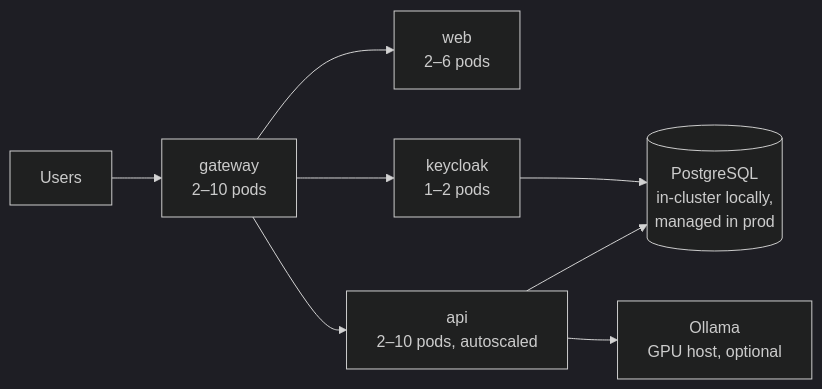
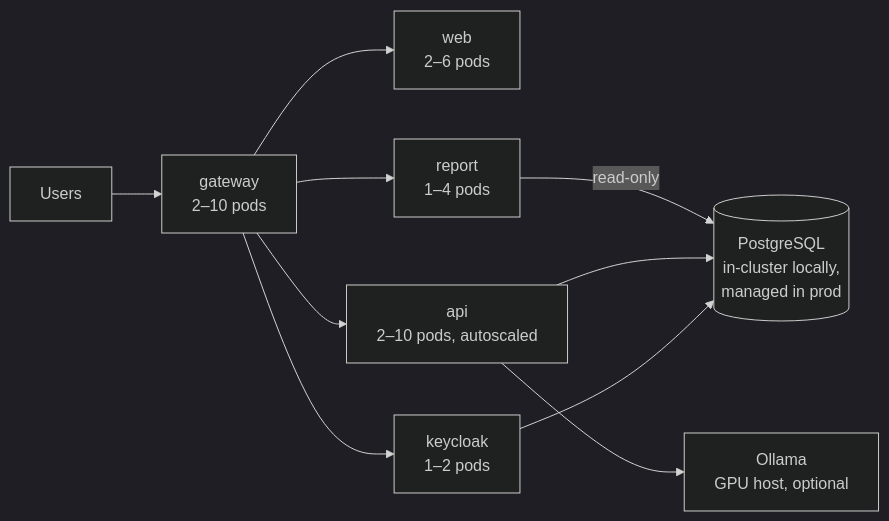
The sixth of 6 diagrams in README.md (83-TechWorld/yudhix), drawn with Mermaid (dark theme) before and after one commit. The commit also changed other lines of this file and 34 other files, not shown here.

````diff
--- a/README.md
+++ b/README.md
@@ -317,10 +359,12 @@
 ```mermaid
 flowchart LR
     U[Users] --> G[gateway<br/>2–10 pods]
     G --> W[web<br/>2–6 pods]
     G --> A[api<br/>2–10 pods, autoscaled]
+    G --> R[report<br/>1–4 pods]
     G --> K[keycloak<br/>1–2 pods]
+    R -->|read-only| P
     A --> P[(PostgreSQL<br/>in-cluster locally,<br/>managed in prod)]
     K --> P
     A --> O[Ollama<br/>GPU host, optional]
 ```
````
